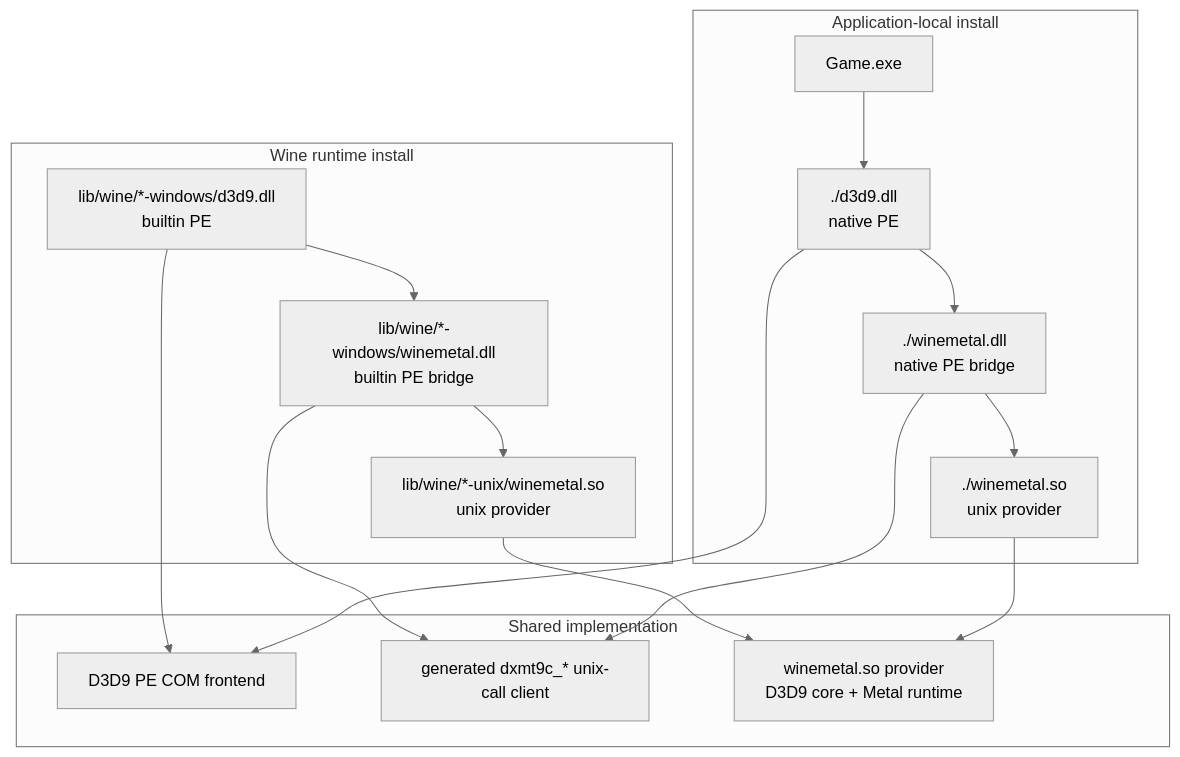
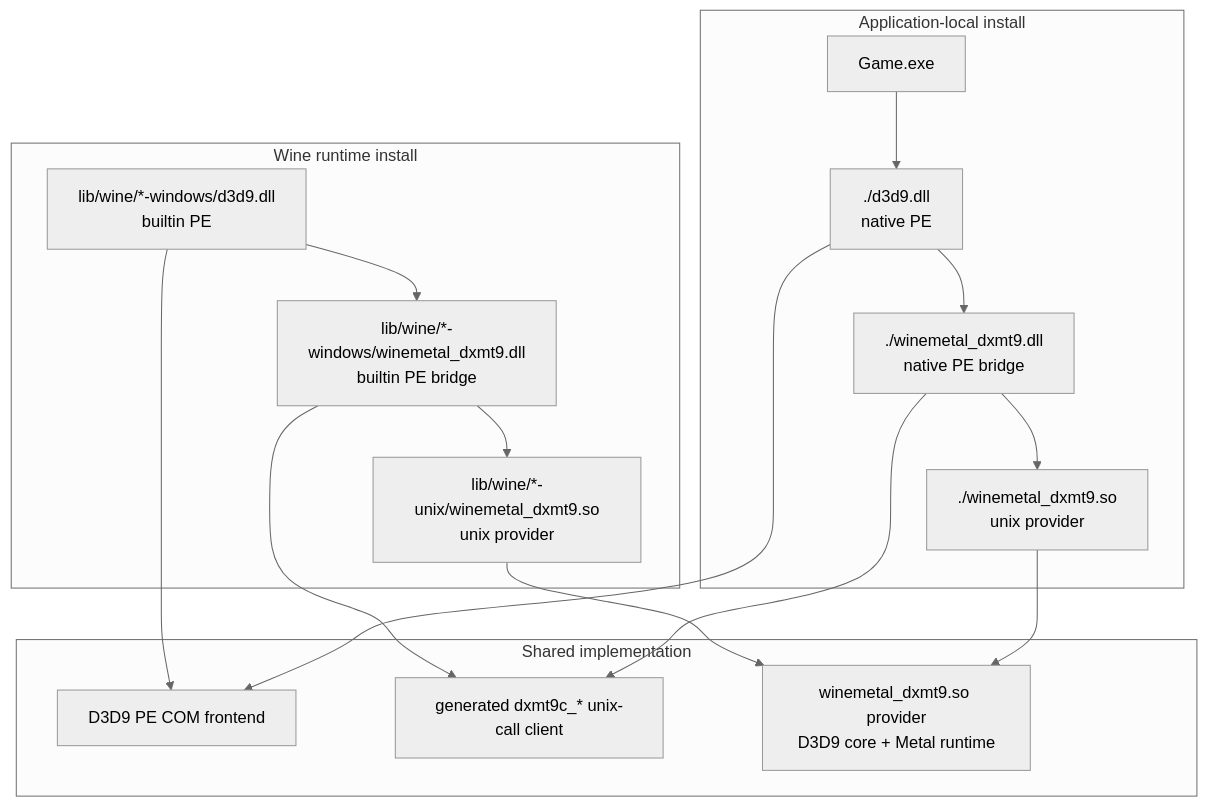
Before and after one commit to dfdgsdfg/dxmt9: the first of 4 diagrams in specs/deploy/spec.md, drawn with Mermaid (neutral theme). The commit also changed other lines of this file and 10 other files, not shown here.

````diff
--- a/specs/deploy/spec.md
+++ b/specs/deploy/spec.md
@@ -17,30 +17,30 @@
 ```mermaid
 flowchart TD
     subgraph Runtime["Wine runtime install"]
         RD9["lib/wine/*-windows/d3d9.dll\nbuiltin PE"]
-        RWM["lib/wine/*-windows/winemetal.dll\nbuiltin PE bridge"]
-        RSO["lib/wine/*-unix/winemetal.so\nunix provider"]
+        RWM["lib/wine/*-windows/winemetal_dxmt9.dll\nbuiltin PE bridge"]
+        RSO["lib/wine/*-unix/winemetal_dxmt9.so\nunix provider"]
         RD9 --> RWM --> RSO
     end
 
     subgraph Local["Application-local install"]
         EXE["Game.exe"]
         LD9["./d3d9.dll\nnative PE"]
-        LWM["./winemetal.dll\nnative PE bridge"]
-        LSO["./winemetal.so\nunix provider"]
+        LWM["./winemetal_dxmt9.dll\nnative PE bridge"]
+        LSO["./winemetal_dxmt9.so\nunix provider"]
         EXE --> LD9 --> LWM --> LSO
     end
 
     subgraph Shared["Shared implementation"]
         PECORE["D3D9 PE COM frontend"]
         BRIDGE["generated dxmt9c_* unix-call client"]
-        PROVIDER["winemetal.so provider\nD3D9 core + Metal runtime"]
+        PROVIDER["winemetal_dxmt9.so provider\nD3D9 core + Metal runtime"]
     end
 
     RD9 --> PECORE
     LD9 --> PECORE
     RWM --> BRIDGE
     LWM --> BRIDGE
     RSO --> PROVIDER
     LSO --> PROVIDER
 ```
````
